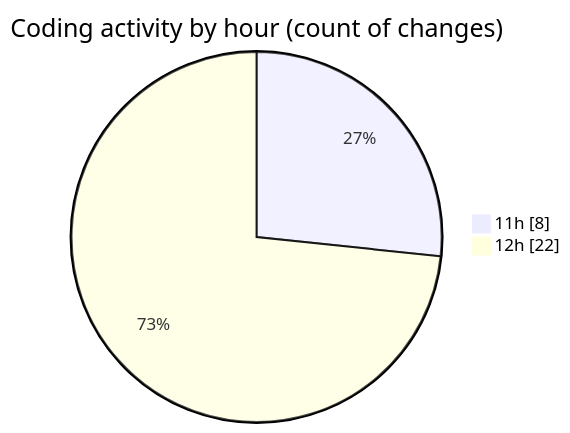
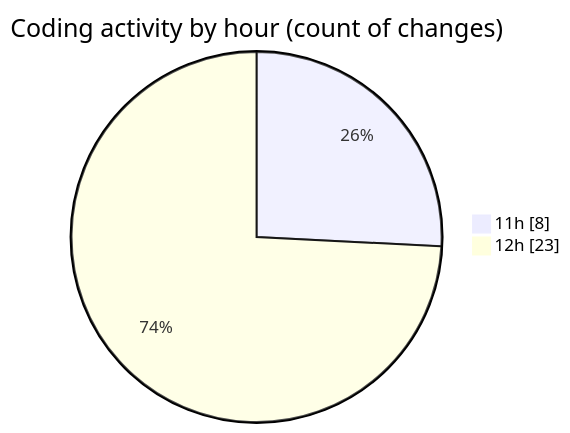
One commit to BS-eng2023/code-tracking changed the second of 2 diagrams in 2025-05-04/project/README.md. Above: the diagram before and after it, drawn with Mermaid. The commit also changed other lines of this file and 1 other file, not shown here.

````diff
--- a/2025-05-04/project/README.md
+++ b/2025-05-04/project/README.md
@@ -45,6 +45,6 @@
 ```mermaid
 pie showData
 title Coding activity by hour (count of changes)
 "11h" : 8
-"12h" : 22
+"12h" : 23
 ```
````
